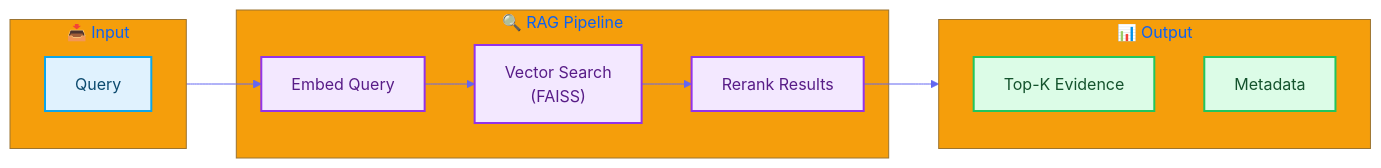
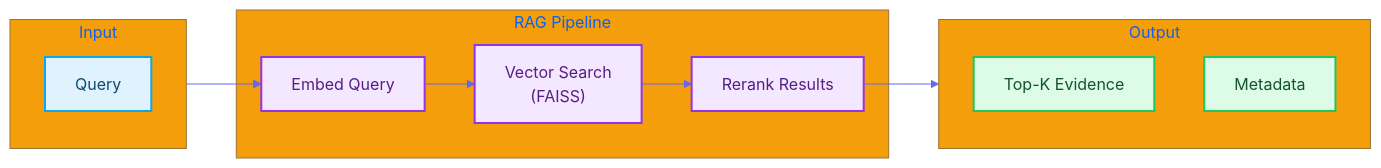
Before and after one commit to AluminumShark/Social-Debate-AI: the diagram in docs/modules/RAG.md, drawn with Mermaid. The commit also changed other lines of this file and 32 other files, not shown here.

````diff
--- a/docs/modules/RAG.md
+++ b/docs/modules/RAG.md
@@ -13,25 +13,25 @@
 ```mermaid
 %%{init: {'theme': 'base', 'themeVariables': { 'primaryColor': '#4f46e5', 'primaryTextColor': '#fff', 'primaryBorderColor': '#4338ca', 'lineColor': '#6366f1', 'secondaryColor': '#10b981', 'tertiaryColor': '#f59e0b'}}}%%
 flowchart LR
     %% Styles
     classDef input fill:#e0f2fe,stroke:#0ea5e9,stroke-width:2px,color:#0c4a6e;
     classDef rag fill:#f3e8ff,stroke:#9333ea,stroke-width:2px,color:#581c87;
     classDef output fill:#dcfce7,stroke:#22c55e,stroke-width:2px,color:#14532d;
 
-    subgraph Input["📥 Input"]
+    subgraph Input[" Input"]
         Q["Query"]:::input
     end
 
-    subgraph RAG["🔍 RAG Pipeline"]
+    subgraph RAG[" RAG Pipeline"]
         E["Embed Query"]:::rag
         S["Vector Search<br/>(FAISS)"]:::rag
         R["Rerank Results"]:::rag
     end
 
-    subgraph Output["📊 Output"]
+    subgraph Output[" Output"]
         D["Top-K Evidence"]:::output
         M["Metadata"]:::output
     end
 
     Input --> E --> S --> R --> Output
 ```
````
